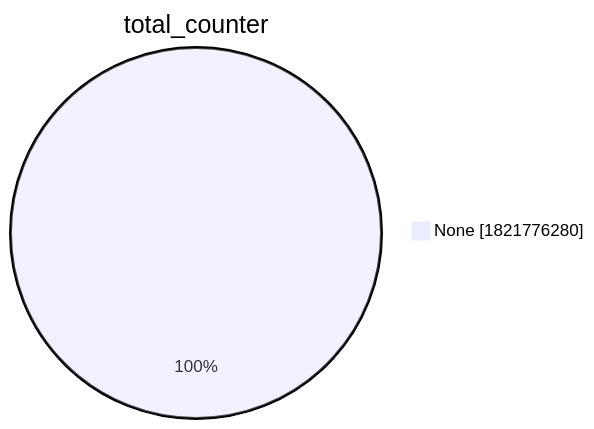
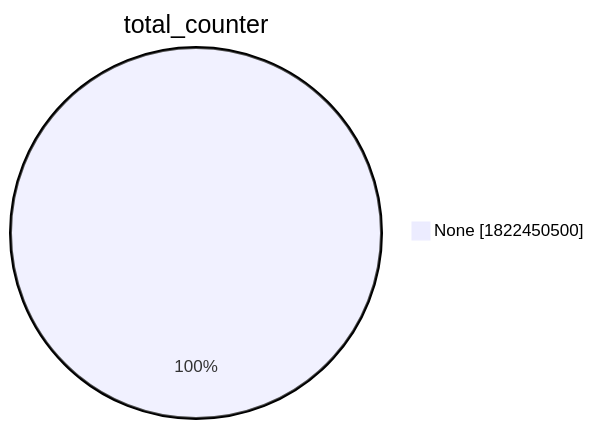
Before and after one commit to christiankrug/ctmonitor_visualization: the second of 15 diagrams in xenon2022/README.md, drawn with Mermaid. The commit also changed other lines of this file, not shown here.

````diff
--- a/xenon2022/README.md
+++ b/xenon2022/README.md
@@ -9,5 +9,5 @@
 ```mermaid
 pie showData
 title total_counter
-"None" :1821776280
+"None" :1822450500
 ```
````
